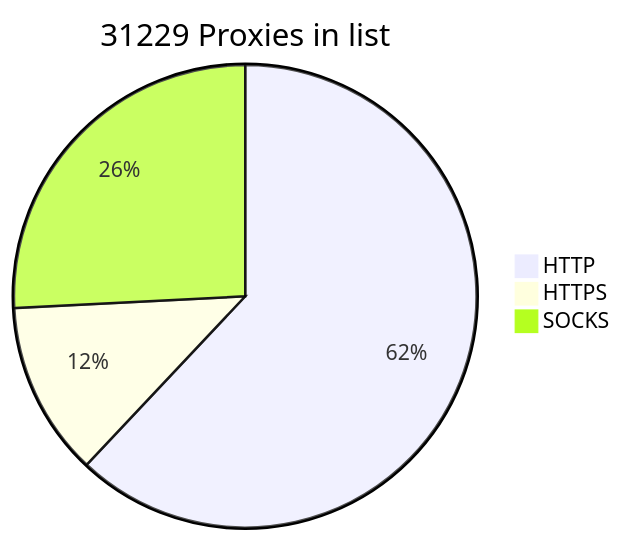
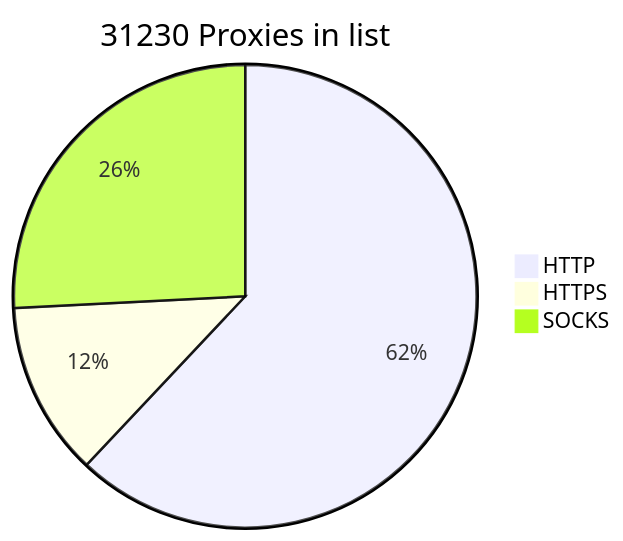
One commit to BlackSnowDot/proxylist-update-every-minute changed the diagram in README.md. Above: the diagram before and after it, drawn with Mermaid.

````diff
--- a/README.md
+++ b/README.md
@@ -2,6 +2,6 @@
 ```mermaid
-pie title 31229 Proxies in list
+pie title 31230 Proxies in list
     "HTTP" : 21305
     "HTTPS": 4182
-    "SOCKS" : 8869
+    "SOCKS" : 8870
 ```
````
